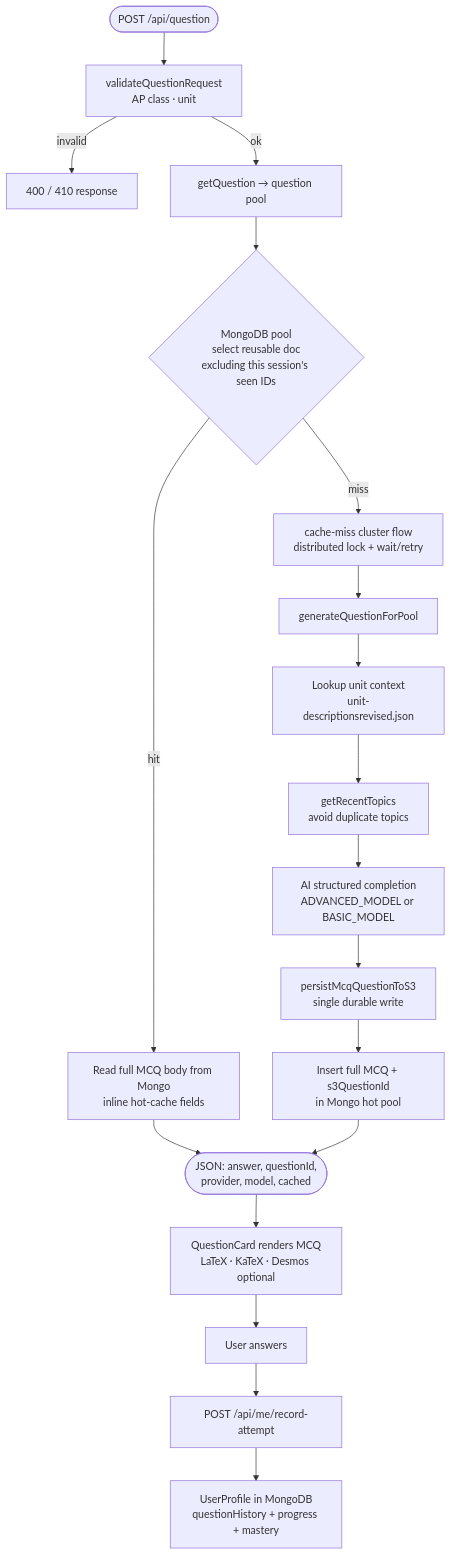
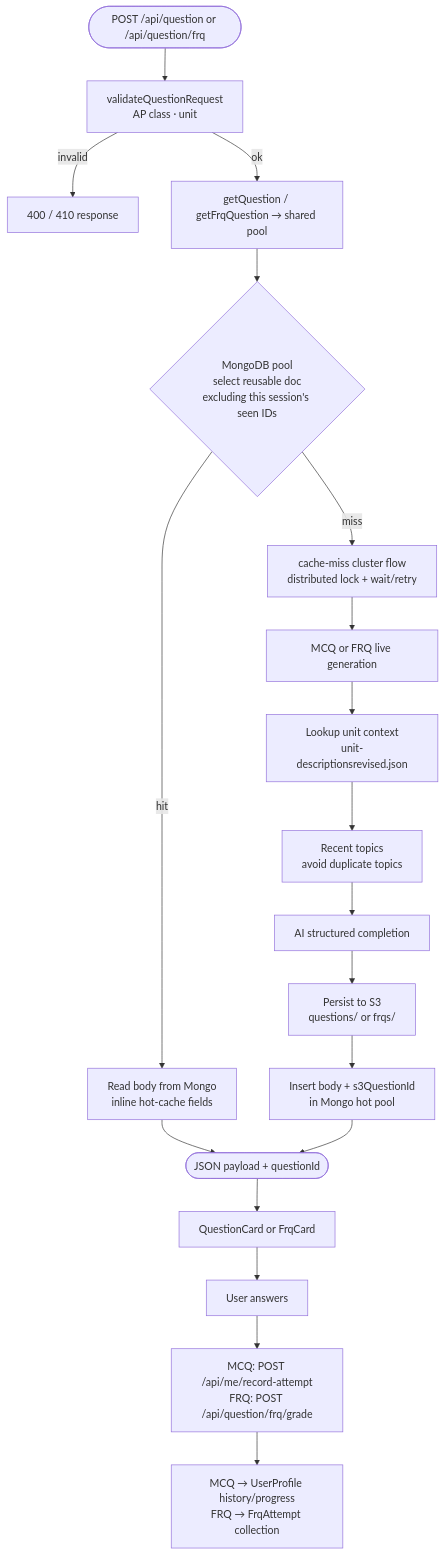
The fourth of 7 diagrams in docs/architecture.md (5cisummai/freeappractice), drawn with Mermaid before and after one commit. The commit also changed other lines of this file, not shown here.

Commit message:
Update architecture docs for FRQ, PracticeShell, and lib cleanup.

````diff
--- a/docs/architecture.md
+++ b/docs/architecture.md
@@ -151,25 +167,25 @@
 ```mermaid
 flowchart TD
-    Start(["POST /api/question"]) --> Validate["validateQuestionRequest<br/>AP class · unit"]
+    Start(["POST /api/question or /api/question/frq"]) --> Validate["validateQuestionRequest<br/>AP class · unit"]
     Validate -->|invalid| Err400["400 / 410 response"]
-    Validate -->|ok| Pool["getQuestion → question pool"]
+    Validate -->|ok| Pool["getQuestion / getFrqQuestion → shared pool"]
 
     Pool --> Select{"MongoDB pool<br/>select reusable doc<br/>excluding this session's seen IDs"}
-    Select -->|hit| LoadInline["Read full MCQ body from Mongo<br/>inline hot-cache fields"]
+    Select -->|hit| LoadInline["Read body from Mongo<br/>inline hot-cache fields"]
     Select -->|miss| MissFlow["cache-miss cluster flow<br/>distributed lock + wait/retry"]
-    MissFlow --> GenPool["generateQuestionForPool"]
+    MissFlow --> GenPool["MCQ or FRQ live generation"]
 
     GenPool --> UnitCtx["Lookup unit context<br/>unit-descriptionsrevised.json"]
-    UnitCtx --> Recent["getRecentTopics<br/>avoid duplicate topics"]
-    Recent --> AI["AI structured completion<br/>ADVANCED_MODEL or BASIC_MODEL"]
-    AI --> S3Write["persistMcqQuestionToS3<br/>single durable write"]
-    S3Write --> HotDoc["Insert full MCQ + s3QuestionId<br/>in Mongo hot pool"]
+    UnitCtx --> Recent["Recent topics<br/>avoid duplicate topics"]
+    Recent --> AI["AI structured completion"]
+    AI --> S3Write["Persist to S3<br/>questions/ or frqs/"]
+    S3Write --> HotDoc["Insert body + s3QuestionId<br/>in Mongo hot pool"]
 
-    LoadInline --> Return(["JSON: answer, questionId,<br/>provider, model, cached"])
+    LoadInline --> Return(["JSON payload + questionId"])
     HotDoc --> Return
 
-    Return --> UI["QuestionCard renders MCQ<br/>LaTeX · KaTeX · Desmos optional"]
+    Return --> UI["QuestionCard or FrqCard"]
     UI --> Attempt["User answers"]
-    Attempt --> Record["POST /api/me/record-attempt"]
-    Record --> Profile["UserProfile in MongoDB<br/>questionHistory + progress + mastery"]
+    Attempt --> Record["MCQ: POST /api/me/record-attempt<br/>FRQ: POST /api/question/frq/grade"]
+    Record --> Profile["MCQ → UserProfile history/progress<br/>FRQ → FrqAttempt collection"]
 ```
````
